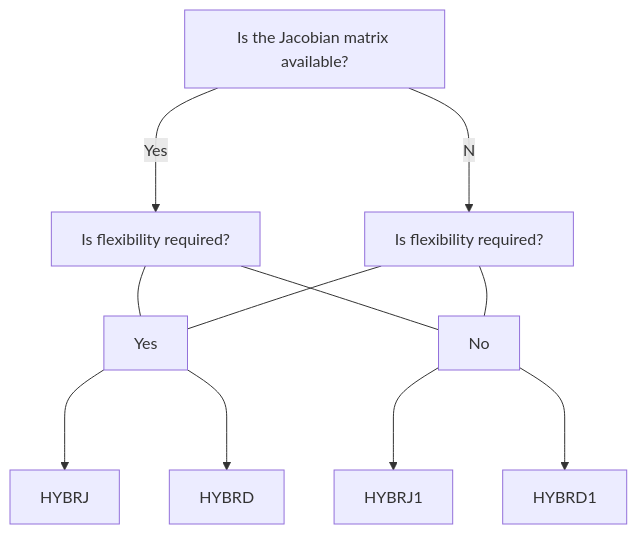
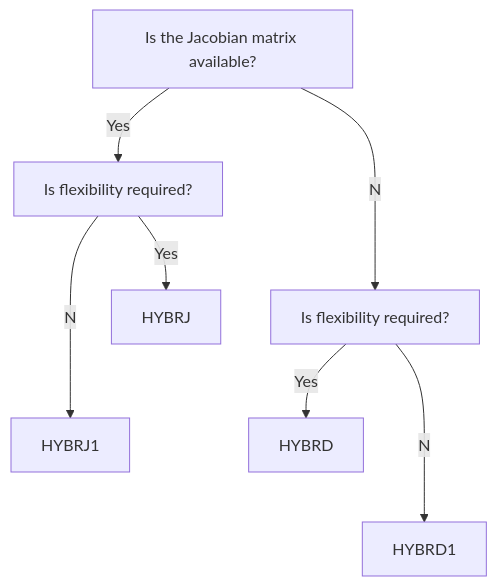
Before and after one commit to fortran-lang/minpack: the diagram in README.md, drawn with Mermaid.

Commit message:
Make shorter

````diff
--- a/README.md
+++ b/README.md
@@ -29,16 +29,10 @@
 ```mermaid
 flowchart TB
 	start[Is the Jacobian matrix available?]
-	middle1[Is flexibility required?]
-	middle2[Is flexibility required?]
-	start--Yes-->middle1
-	start--No-->middle2
-	b1[HYBRJ]
-	b2[HYBRJ1]
-	b3[HYBRD]
-	b4[HYBRD1]
-	middle1---Yes--->b1
-	middle1---No--->b2
-	middle2---Yes--->b3
-	middle2---No--->b4
+	start--Yes-->middle1[Is flexibility required?]
+	start--No-->middle2[Is flexibility required?]
+	middle1--Yes-->b1[HYBRJ]
+	middle1--No-->b2[HYBRJ1]
+	middle2--Yes-->b3[HYBRD]
+	middle2--No-->b4[HYBRD1]
 ```
````
